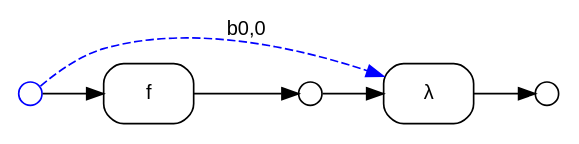
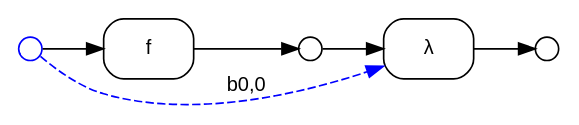
The diagram in safety_safe_lambda.dot (ammatsui/bhypvis), drawn with Graphviz before and after one commit. The commit also changed other lines of this file and 293 other files, not shown here.

```diff
--- a/safety_safe_lambda.dot
+++ b/safety_safe_lambda.dot
@@ -1,25 +1,25 @@
 digraph G {
   fontname="Helvetica"
   fontsize=12
   rankdir=LR;
   node [fontname="Helvetica", fontsize=12];
   edge [fontname="Helvetica", fontsize=12];
 
   // Nodes
+  n0 [label="", shape=circle, style=filled, fillcolor=white, color="blue", width=0.2, height=0.2, fixedsize=true];
   n1 [label="", shape=circle, style=filled, fillcolor=white, color="black", width=0.2, height=0.2, fixedsize=true];
-  n0 [label="", shape=circle, style=filled, fillcolor=white, color="blue", width=0.2, height=0.2, fixedsize=true];
   n2 [label="", shape=circle, style=filled, fillcolor=white, color="black", width=0.2, height=0.2, fixedsize=true];
 
   // Hyperedges
+  e0 [label="f", shape=box, style=rounded, color="black"];
   e1 [label="λ", shape=box, style=rounded, color="black"];
-  e0 [label="f", shape=box, style=rounded, color="black"];
 
   // Source connections
+  n0 -> e0 [label=""];
   n1 -> e1 [label=""];
   n0 -> e1 [style=dashed, color="blue", constraint=false, label="b0,0"];
-  n0 -> e0 [label=""];
 
   // Target connections
+  e0 -> n1 [label=""];
   e1 -> n2 [label=""];
-  e0 -> n1 [label=""];
 }
```
